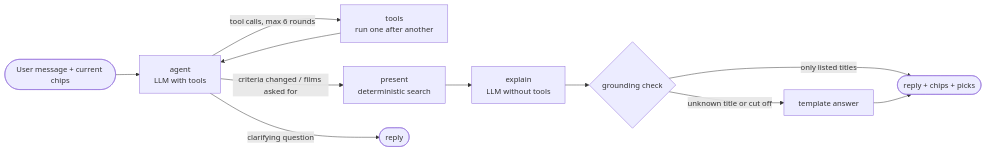
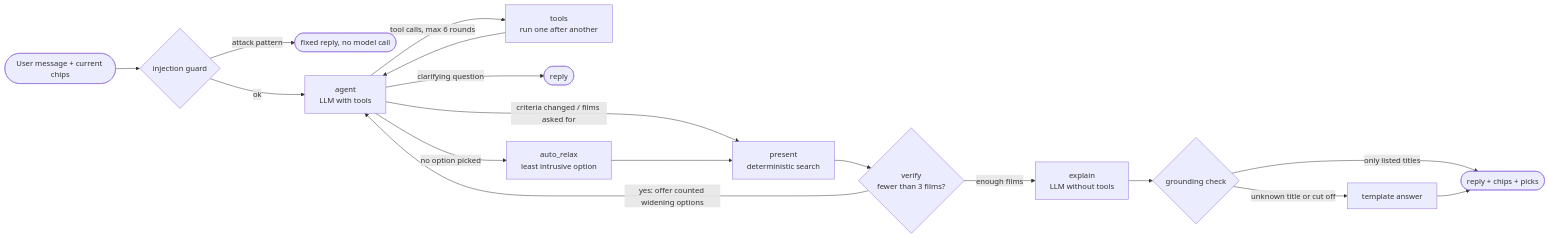
The diagram in README.md (aliebing/cinesense), drawn with Mermaid before and after one commit. The commit also changed other lines of this file and 1 other file, not shown here.

First line of the commit message:
docs: README for plan 6 and the injection guard

````diff
--- a/README.md
+++ b/README.md
@@ -75,12 +76,17 @@
 ```mermaid
 flowchart LR
-    U([User message + current chips]) --> A[agent<br/>LLM with tools]
+    U([User message + current chips]) --> I{injection guard}
+    I -- attack pattern --> B([fixed reply, no model call])
+    I -- ok --> A[agent<br/>LLM with tools]
     A -- tool calls, max 6 rounds --> T[tools<br/>run one after another]
     T --> A
     A -- criteria changed / films asked for --> P[present<br/>deterministic search]
     A -- clarifying question --> E1([reply])
-    P --> X[explain<br/>LLM without tools]
+    P --> V{verify<br/>fewer than 3 films?}
+    V -- yes: offer counted widening options --> A
+    A -- no option picked --> W[auto_relax<br/>least intrusive option] --> P
+    V -- enough films --> X[explain<br/>LLM without tools]
     X --> G{grounding check}
     G -- only listed titles --> R([reply + chips + picks])
     G -- unknown title or cut off --> F[template answer] --> R
 ```
````
